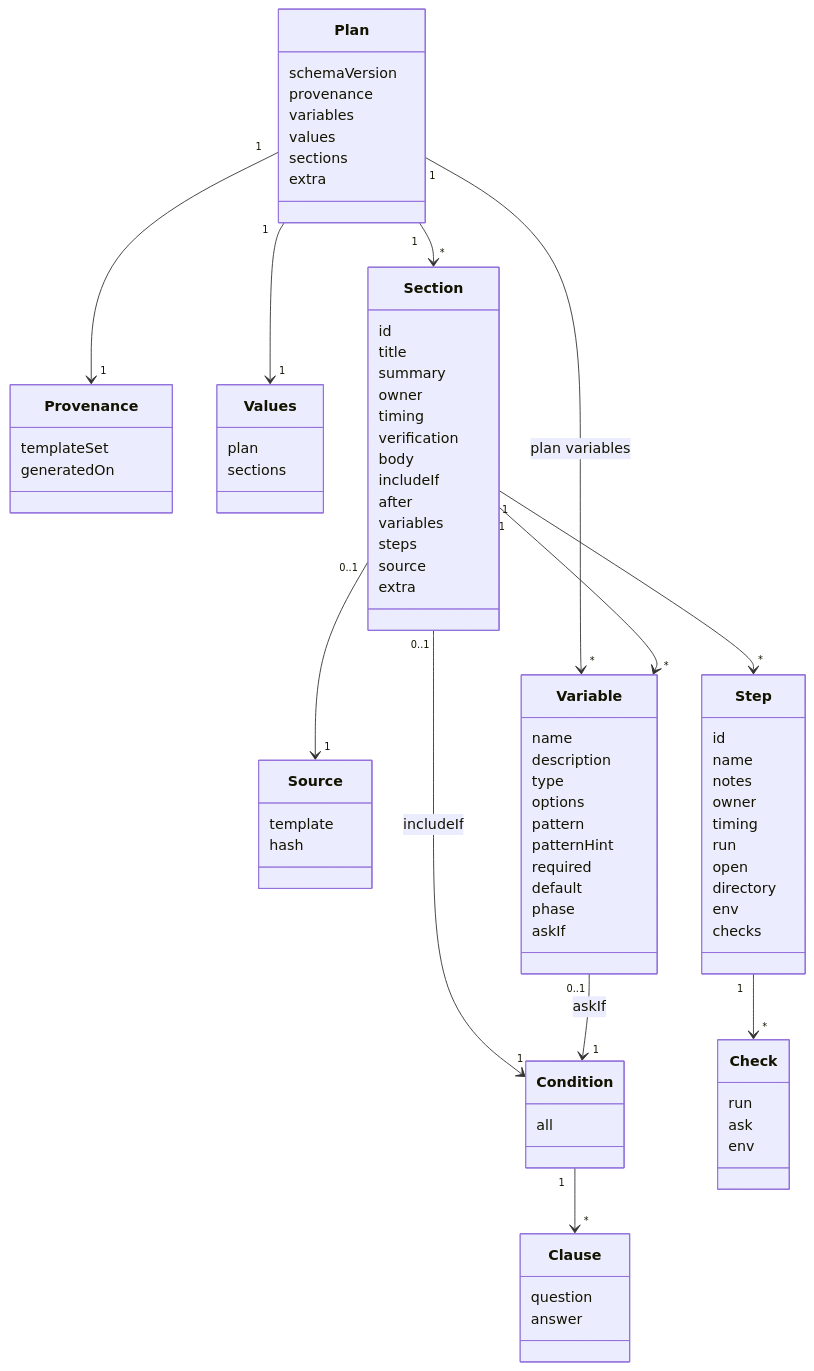
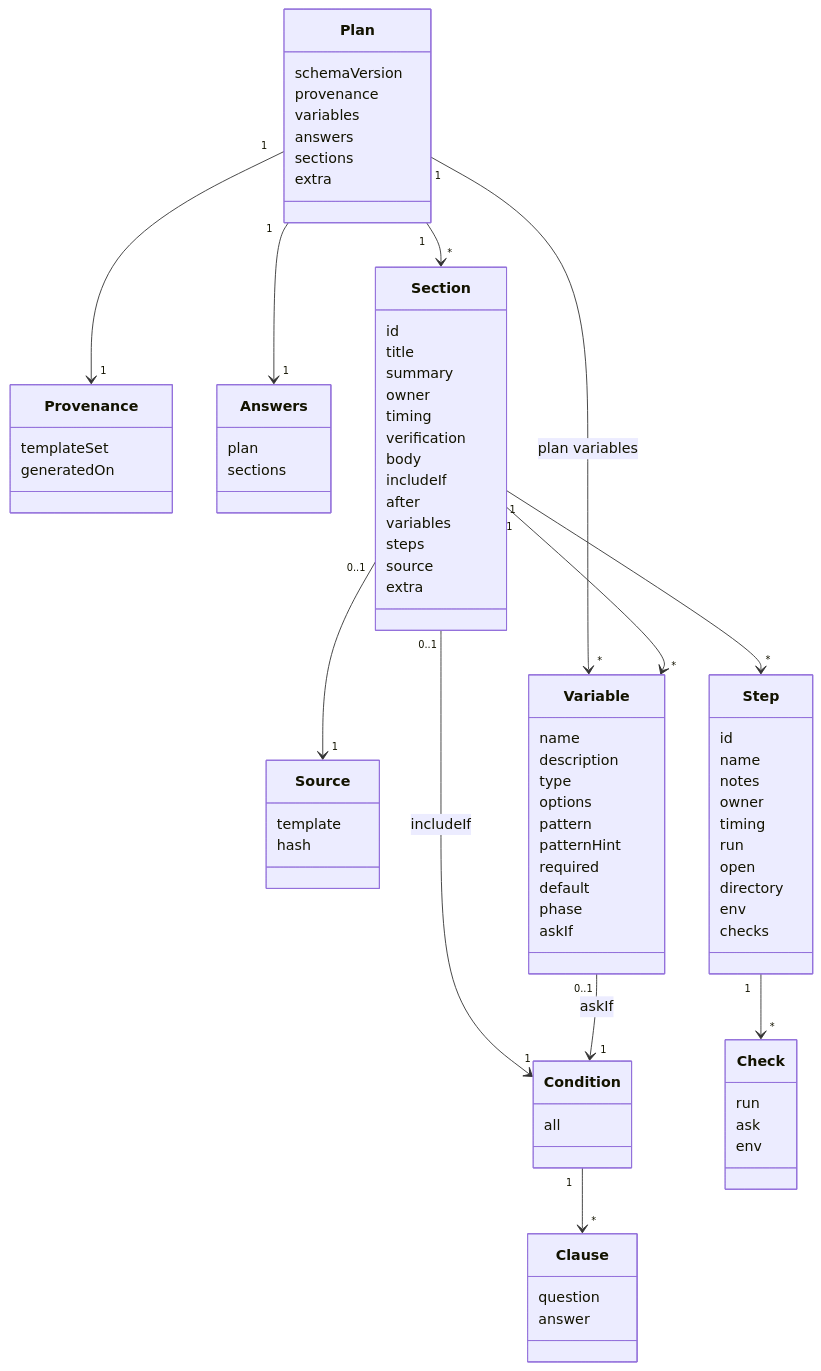
The diagram in docs/reference/domain-model.md (8thlight-daveloper/onboard-kit), drawn with Mermaid before and after one commit. The commit also changed other lines of this file and 13 other files, not shown here.

Commit message:
Rename the plan's values to answers

```diff
--- a/docs/reference/domain-model.md
+++ b/docs/reference/domain-model.md
@@ -22,7 +22,7 @@
         schemaVersion
         provenance
         variables
-        values
+        answers
         sections
         extra
     }
@@ -30,7 +30,7 @@
         templateSet
         generatedOn
     }
-    class Values {
+    class Answers {
         plan
         sections
     }
@@ -92,7 +92,7 @@
 
     Plan "1" --> "1" Provenance
     Plan "1" --> "*" Variable : plan variables
-    Plan "1" --> "1" Values
+    Plan "1" --> "1" Answers
     Plan "1" --> "*" Section
     Section "0..1" --> "1" Source
     Section "1" --> "*" Variable
```
